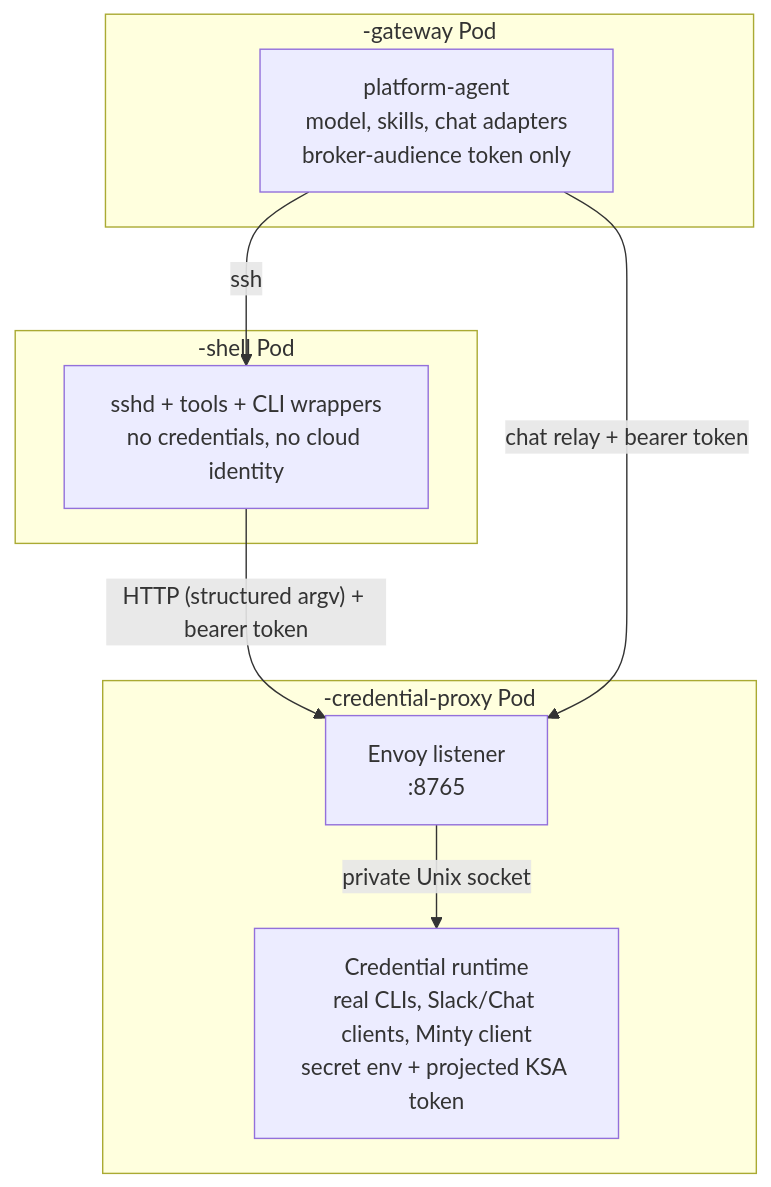
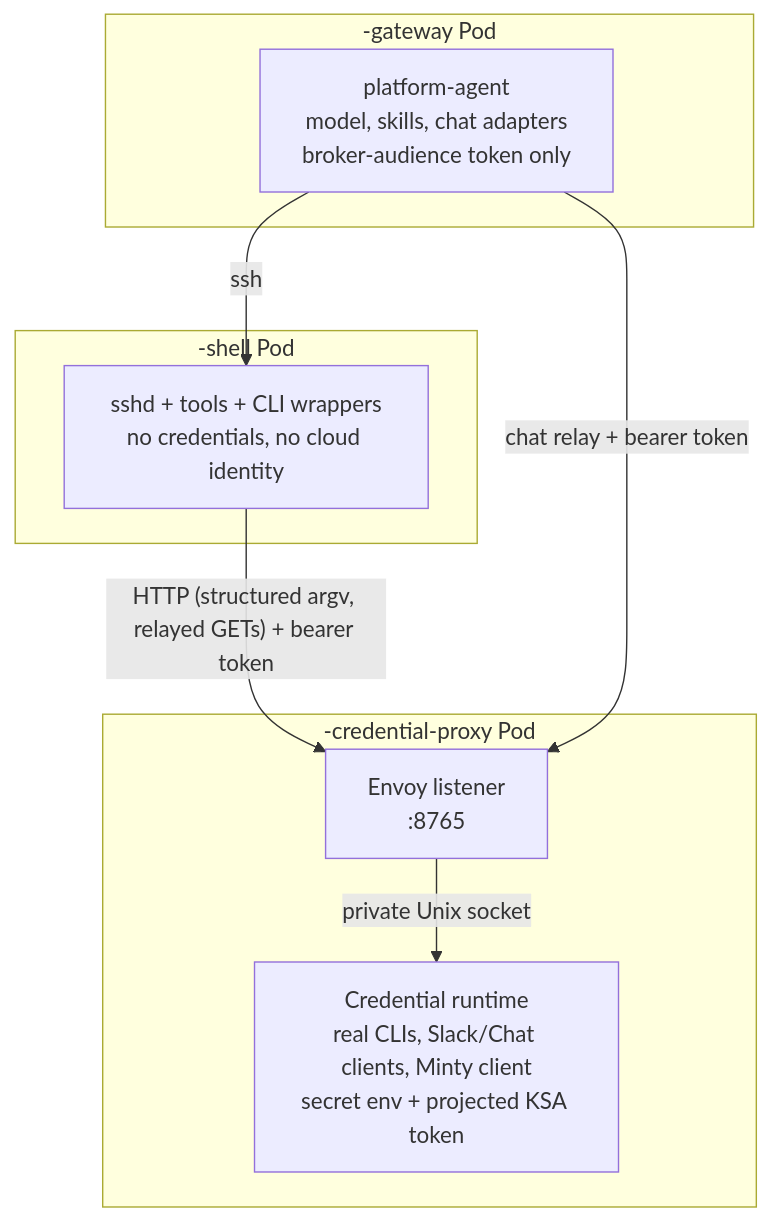
Before and after one commit to Fuxiao-Gao/kube-agents: the diagram in docs/site/src/content/docs/reference/credential-isolation.md, drawn with Mermaid. The commit also changed other lines of this file and 13 other files, not shown here.

````diff
--- a/docs/site/src/content/docs/reference/credential-isolation.md
+++ b/docs/site/src/content/docs/reference/credential-isolation.md
@@ -30,17 +30,17 @@
 ```mermaid
 flowchart TB
     subgraph GW["<name>-gateway Pod"]
         AGENT["platform-agent<br/>model, skills, chat adapters<br/>broker-audience token only"]
     end
     subgraph SH["<name>-shell Pod"]
         SHELL["sshd + tools + CLI wrappers<br/>no credentials, no cloud identity"]
     end
     subgraph BR["<name>-credential-proxy Pod"]
         ENVOY["Envoy listener<br/>:8765"]
         RUNTIME["Credential runtime<br/>real CLIs, Slack/Chat clients, Minty client<br/>secret env + projected KSA token"]
     end
     AGENT -->|ssh| SHELL
-    SHELL -->|"HTTP (structured argv) + bearer token"| ENVOY
+    SHELL -->|"HTTP (structured argv, relayed GETs) + bearer token"| ENVOY
     AGENT -->|"chat relay + bearer token"| ENVOY
     ENVOY -->|private Unix socket| RUNTIME
 ```
````
